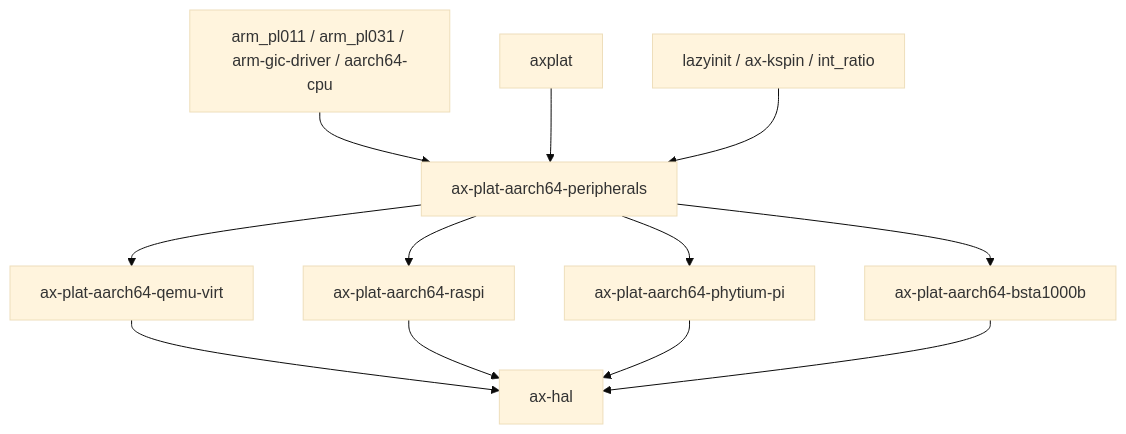
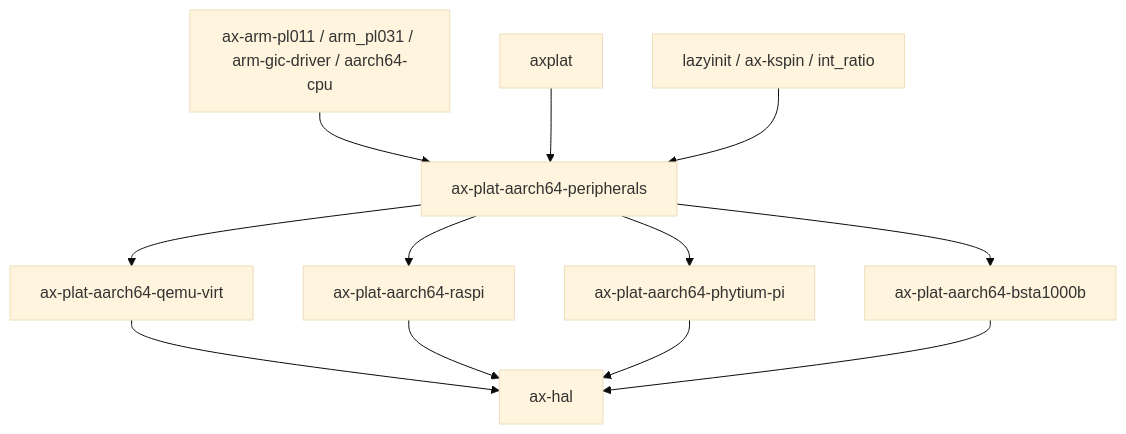
Before and after one commit to zKurisu/tgoskits: the second of 2 diagrams in docs/crates/ax-plat-aarch64-peripherals.md, drawn with Mermaid (base theme). The commit also changed other lines of this file and 35 other files, not shown here.

````diff
--- a/docs/crates/ax-plat-aarch64-peripherals.md
+++ b/docs/crates/ax-plat-aarch64-peripherals.md
@@ -180,15 +180,15 @@
 ```mermaid
 graph TD
-    A[arm_pl011 / arm_pl031 / arm-gic-driver / aarch64-cpu] --> B[ax-plat-aarch64-peripherals]
+    A[ax-arm-pl011 / arm_pl031 / arm-gic-driver / aarch64-cpu] --> B[ax-plat-aarch64-peripherals]
     C[axplat] --> B
     D[lazyinit / ax-kspin / int_ratio] --> B
 
     B --> E[ax-plat-aarch64-qemu-virt]
     B --> F[ax-plat-aarch64-raspi]
     B --> G[ax-plat-aarch64-phytium-pi]
     B --> H[ax-plat-aarch64-bsta1000b]
     E --> I[ax-hal]
     F --> I
     G --> I
     H --> I
 ```
````
